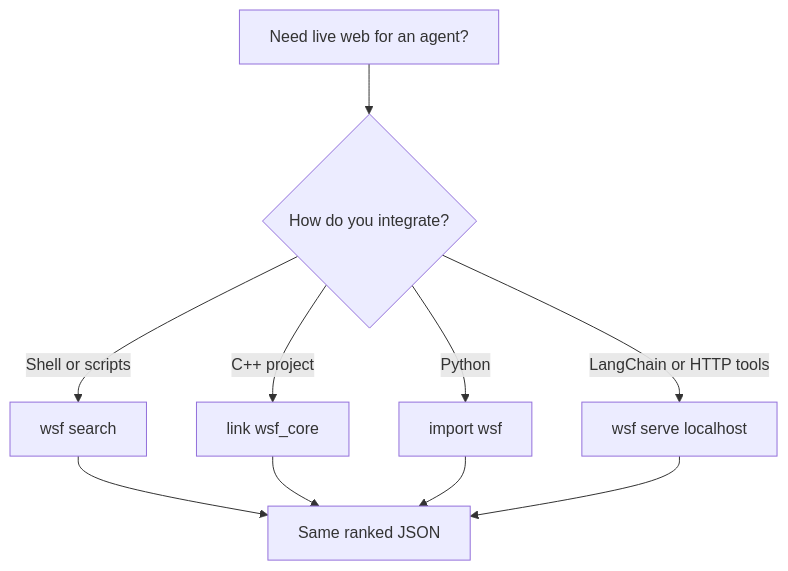
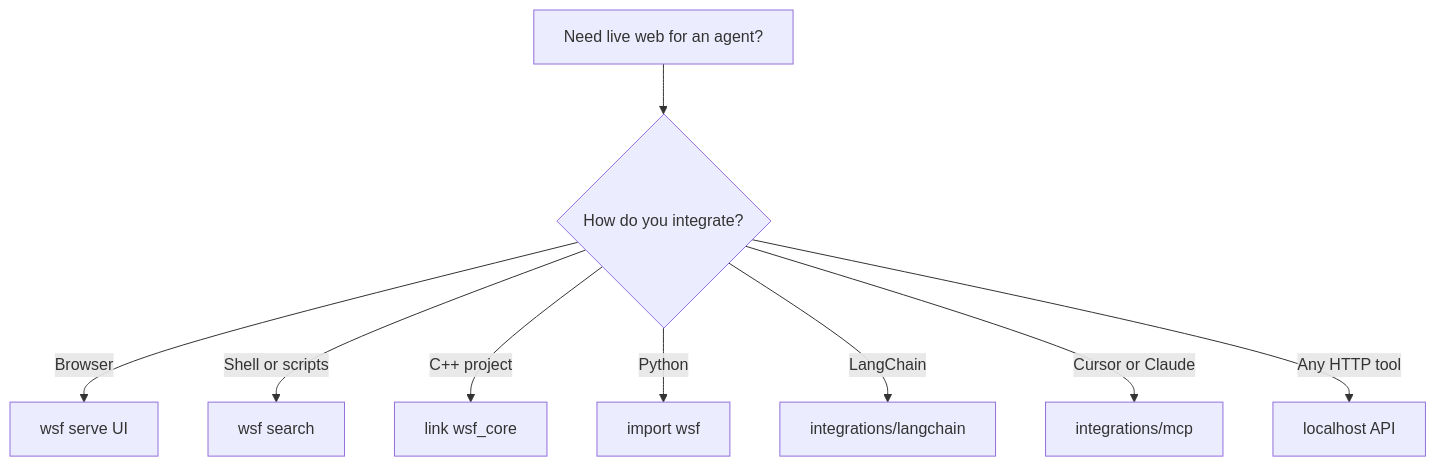
Before and after one commit to drmikecrypto/WebSearchFree: the third of 3 diagrams in README.md, drawn with Mermaid. The commit also changed other lines of this file and 33 other files, not shown here.

````diff
--- a/README.md
+++ b/README.md
@@ -202,12 +243,11 @@
 ```mermaid
 flowchart TB
   Need[Need live web for an agent?] --> Choice{How do you integrate?}
+  Choice -->|Browser| UI[wsf serve UI]
   Choice -->|Shell or scripts| CLI[wsf search]
   Choice -->|C++ project| Lib[link wsf_core]
   Choice -->|Python| Py[import wsf]
-  Choice -->|LangChain or HTTP tools| Srv[wsf serve localhost]
-  CLI --> Same[Same ranked JSON]
-  Lib --> Same
-  Py --> Same
-  Srv --> Same
+  Choice -->|LangChain| LC[integrations/langchain]
+  Choice -->|Cursor or Claude| MCP[integrations/mcp]
+  Choice -->|Any HTTP tool| Srv[localhost API]
 ```
````
